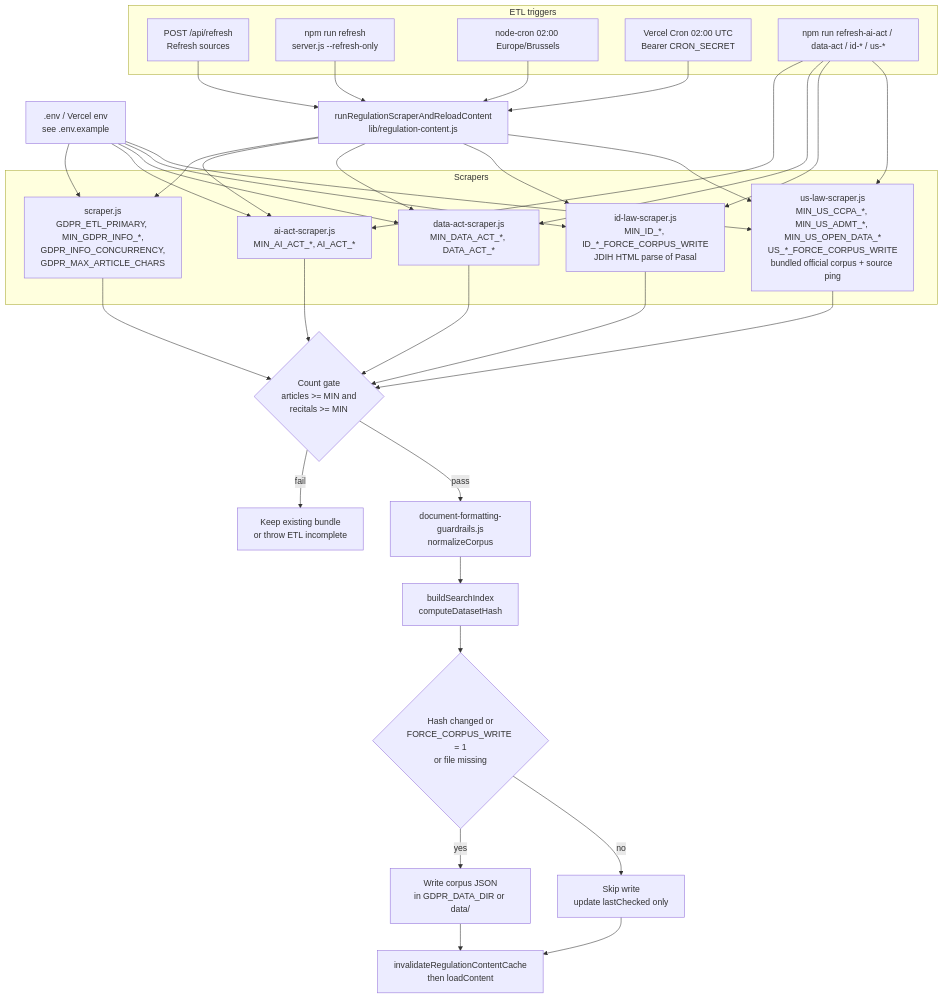
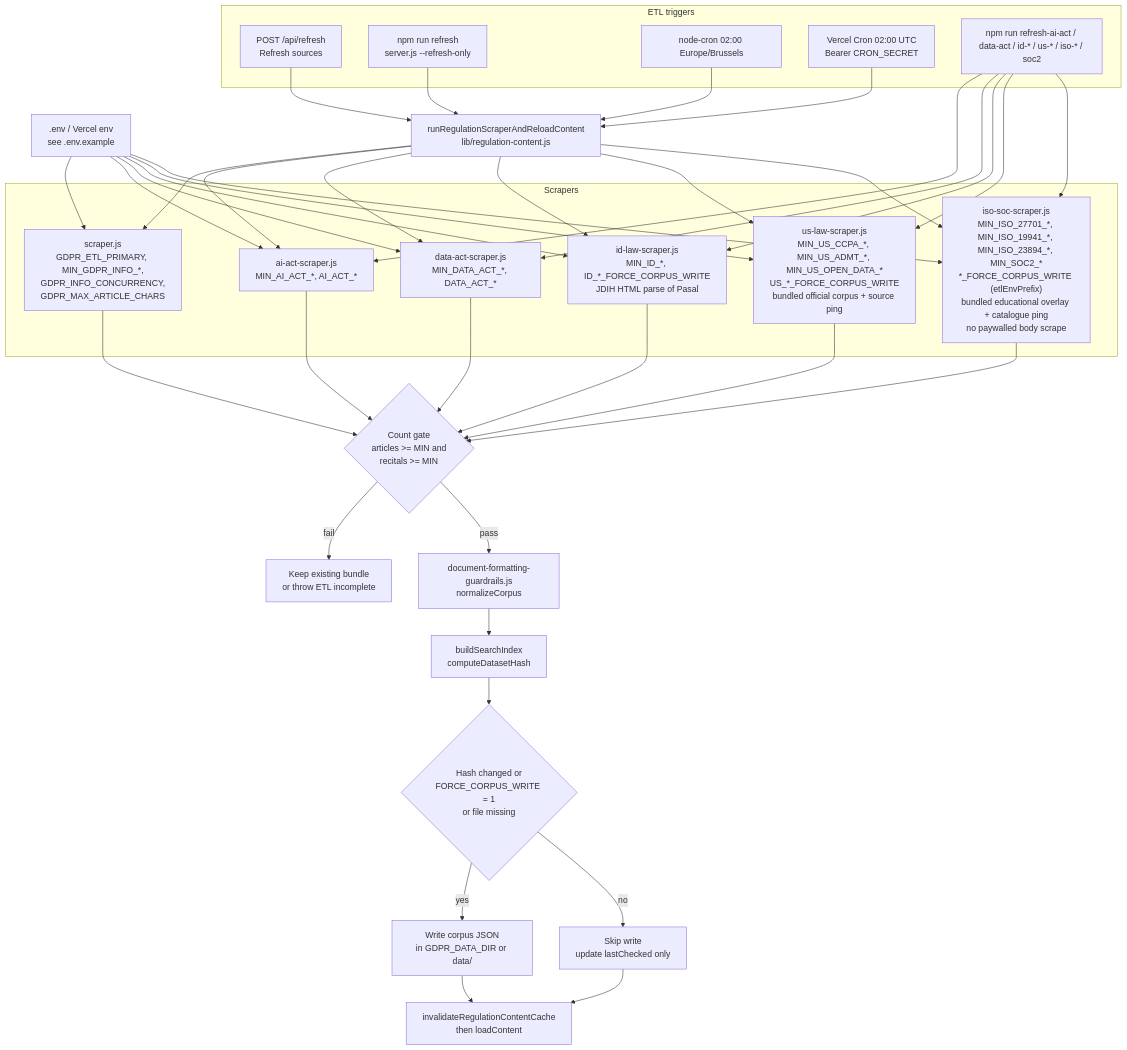
One commit to RifqiMT/gdpr-qa-platform changed the second of 6 diagrams in docs/VARIABLES.md. Above: the diagram before and after it, drawn with Mermaid. The commit also changed other lines of this file and 55 other files, not shown here.

````diff
--- a/docs/VARIABLES.md
+++ b/docs/VARIABLES.md
@@ -865,59 +962,64 @@
 ```mermaid
 flowchart TD
   ENV[".env / Vercel env<br/>see .env.example"]
 
   subgraph Triggers["ETL triggers"]
     T1["POST /api/refresh<br/>Refresh sources"]
     T2["npm run refresh<br/>server.js --refresh-only"]
     T3["node-cron 02:00 Europe/Brussels"]
     T4["Vercel Cron 02:00 UTC<br/>Bearer CRON_SECRET"]
-    T5["npm run refresh-ai-act / data-act / id-* / us-*"]
+    T5["npm run refresh-ai-act / data-act / id-* / us-* / iso-* / soc2"]
   end
 
   DISPATCH["runRegulationScraperAndReloadContent<br/>lib/regulation-content.js"]
 
   subgraph Scrapers["Scrapers"]
     S1["scraper.js<br/>GDPR_ETL_PRIMARY, MIN_GDPR_INFO_*,<br/>GDPR_INFO_CONCURRENCY,<br/>GDPR_MAX_ARTICLE_CHARS"]
     S2["ai-act-scraper.js<br/>MIN_AI_ACT_*, AI_ACT_*"]
     S3["data-act-scraper.js<br/>MIN_DATA_ACT_*, DATA_ACT_*"]
     S4["id-law-scraper.js<br/>MIN_ID_*, ID_*_FORCE_CORPUS_WRITE<br/>JDIH HTML parse of Pasal"]
     S5["us-law-scraper.js<br/>MIN_US_CCPA_*, MIN_US_ADMT_*, MIN_US_OPEN_DATA_*<br/>US_*_FORCE_CORPUS_WRITE<br/>bundled official corpus + source ping"]
+    S6["iso-soc-scraper.js<br/>MIN_ISO_27701_*, MIN_ISO_19941_*, MIN_ISO_23894_*, MIN_SOC2_*<br/>*_FORCE_CORPUS_WRITE (etlEnvPrefix)<br/>bundled educational overlay + catalogue ping<br/>no paywalled body scrape"]
   end
 
   GATE{"Count gate<br/>articles >= MIN and<br/>recitals >= MIN"}
   KEEP["Keep existing bundle<br/>or throw ETL incomplete"]
   GUARD["document-formatting-guardrails.js<br/>normalizeCorpus"]
   IDX["buildSearchIndex<br/>computeDatasetHash"]
   WRITE{"Hash changed or<br/>FORCE_CORPUS_WRITE = 1<br/>or file missing"}
   JSON["Write corpus JSON<br/>in GDPR_DATA_DIR or data/"]
   SKIP["Skip write<br/>update lastChecked only"]
   INV["invalidateRegulationContentCache<br/>then loadContent"]
 
   ENV --> S1
   ENV --> S2
   ENV --> S3
   ENV --> S4
   ENV --> S5
+  ENV --> S6
   T1 --> DISPATCH
   T2 --> DISPATCH
   T3 --> DISPATCH
   T4 --> DISPATCH
   T5 --> S2
   T5 --> S3
   T5 --> S4
   T5 --> S5
+  T5 --> S6
   DISPATCH --> S1
   DISPATCH --> S2
   DISPATCH --> S3
   DISPATCH --> S4
   DISPATCH --> S5
+  DISPATCH --> S6
   S1 --> GATE
   S2 --> GATE
   S3 --> GATE
   S4 --> GATE
   S5 --> GATE
+  S6 --> GATE
   GATE -->|"fail"| KEEP
   GATE -->|"pass"| GUARD --> IDX --> WRITE
   WRITE -->|"yes"| JSON --> INV
   WRITE -->|"no"| SKIP --> INV
 ```
````
